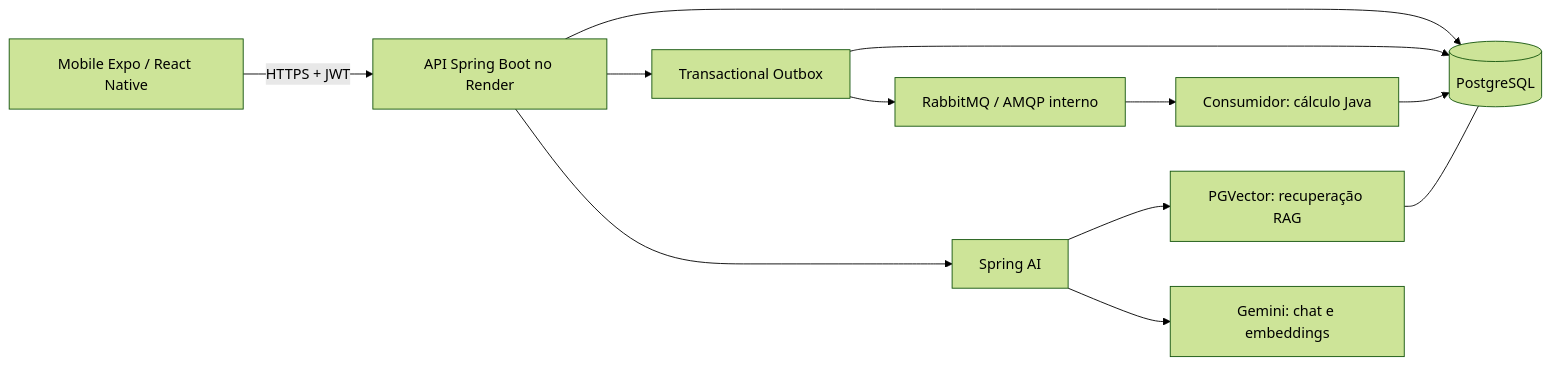
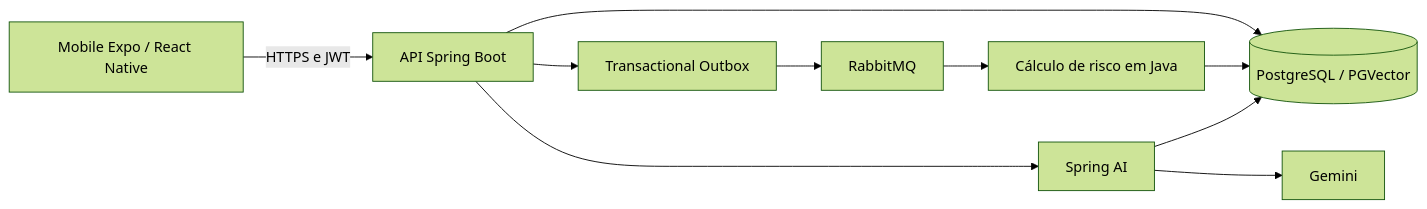
Before and after one commit to deryksouza2006/IOT_AI: the diagram in README.md, drawn with Mermaid (forest theme). The commit also changed other lines of this file, not shown here.

````diff
--- a/README.md
+++ b/README.md
@@ -48,14 +55,12 @@
 ```mermaid
 flowchart LR
-    M["Mobile Expo / React Native"] -->|HTTPS + JWT| A["API Spring Boot no Render"]
-    A --> D[(PostgreSQL)]
-    A --> O["Transactional Outbox"]
-    O --> D
-    O --> Q["RabbitMQ / AMQP interno"]
-    Q --> W["Consumidor: cálculo Java"]
+    M[Mobile Expo / React Native] -->|HTTPS e JWT| A[API Spring Boot]
+    A --> D[(PostgreSQL / PGVector)]
+    A --> O[Transactional Outbox]
+    O --> Q[RabbitMQ]
+    Q --> W[Cálculo de risco em Java]
     W --> D
-    A --> S["Spring AI"]
-    S --> V["PGVector: recuperação RAG"]
-    V --- D
-    S --> G["Gemini: chat e embeddings"]
+    A --> S[Spring AI]
+    S --> D
+    S --> G[Gemini]
 ```
````
